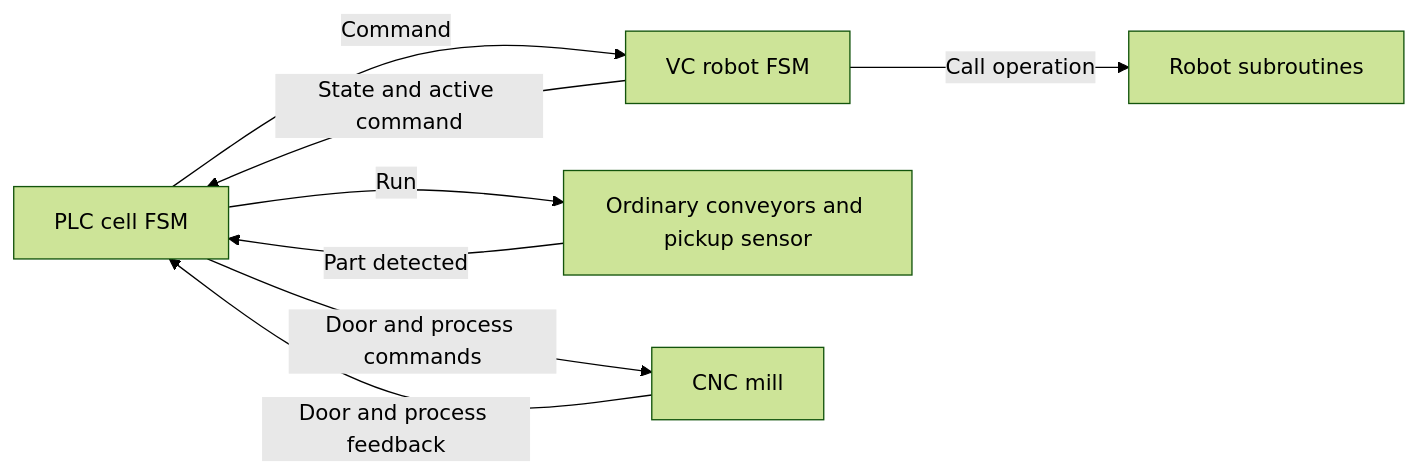
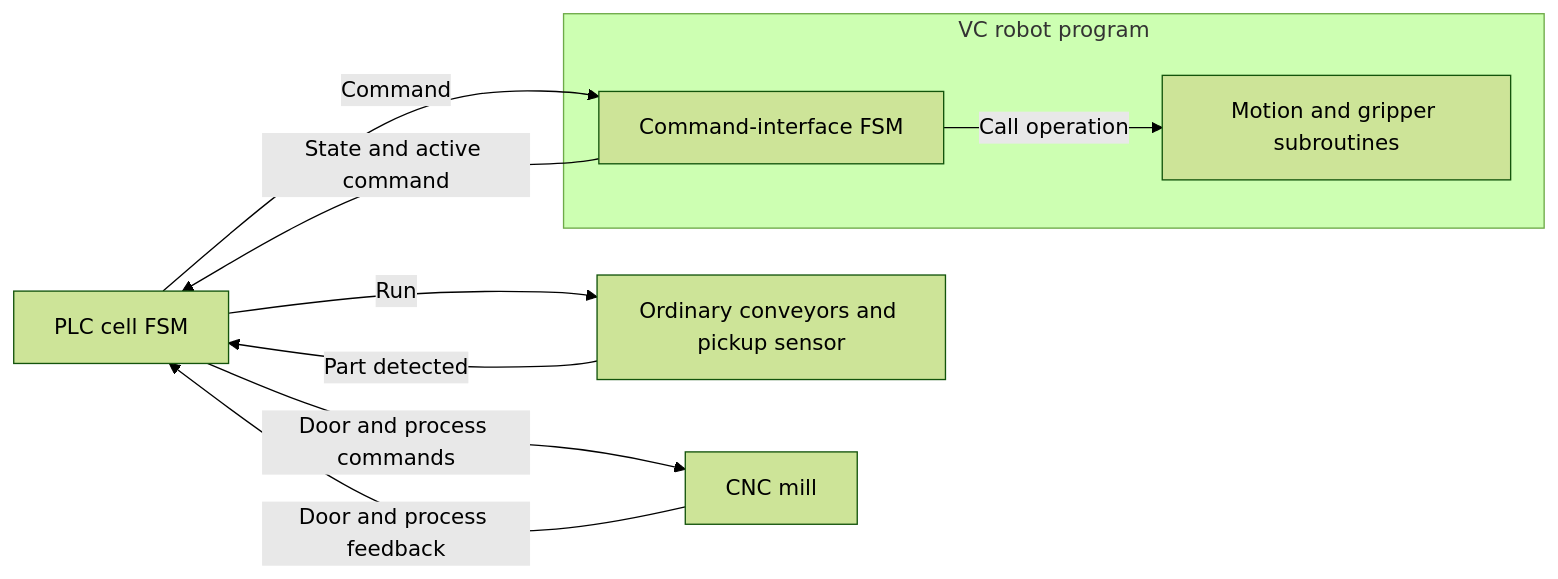
The first of 2 diagrams in pages/robot_cell.qmd (frdedynamics/Industrial-Robotics-and-PLCs), drawn with Mermaid (forest theme) before and after one commit. The commit also changed other lines of this file, not shown here.

Commit message:
enhance robot cell documentation with detailed explanation of finite-state machine implementation and command interface properties

````diff
--- a/pages/robot_cell.qmd
+++ b/pages/robot_cell.qmd
@@ -501,16 +506,21 @@
 ```{mermaid}
+%%| label: fig-cell-control-boundary
+%%| fig-cap: "The PLC coordinates the cell, while the robot-side state machine turns each accepted command into one complete robot operation."
 flowchart LR
     PLC[PLC cell FSM]
-    ROBOT[VC robot FSM]
     CONVEYOR[Ordinary conveyors and pickup sensor]
     CNC[CNC mill]
-    ROUTINES[Robot subroutines]
+
+    subgraph VC[VC robot program]
+        ROBOT[Command-interface FSM]
+        ROUTINES[Motion and gripper subroutines]
+        ROBOT -->|Call operation| ROUTINES
+    end
 
     PLC -->|Command| ROBOT
     ROBOT -->|State and active command| PLC
     PLC -->|Run| CONVEYOR
     CONVEYOR -->|Part detected| PLC
     PLC -->|Door and process commands| CNC
     CNC -->|Door and process feedback| PLC
-    ROBOT -->|Call operation| ROUTINES
 ```
````
